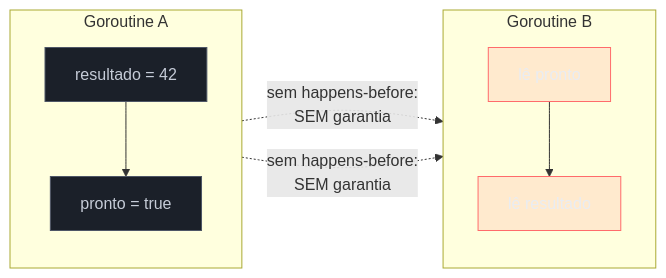
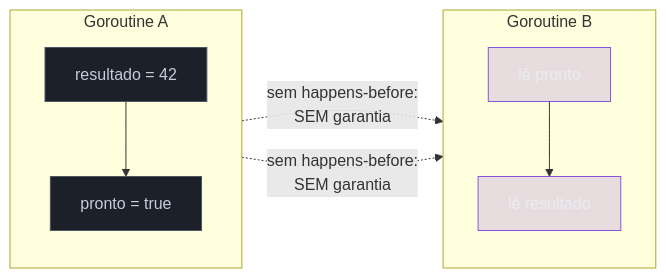
Before and after one commit to josenaldo/codex-technomanticus: the first of 4 diagrams in 03-Dominios/Tecnologia/Go/17 - Runtime interno/07 - O memory model.md, drawn with Mermaid. The commit also changed other lines of this file and 601 other files, not shown here.

````diff
--- a/03-Dominios/Tecnologia/Go/17 - Runtime interno/07 - O memory model.md
+++ b/03-Dominios/Tecnologia/Go/17 - Runtime interno/07 - O memory model.md
@@ -68,21 +68,21 @@
 ```mermaid
 flowchart LR
+    classDef marca fill:#8855DF33,stroke:#8855DF,color:#E9ECF2
     classDef neutro fill:#1B2029,stroke:#4E5666,color:#C6CCD8
-    classDef falha fill:#FF6B6B24,stroke:#FF6B6B,color:#E9ECF2
     subgraph G1["Goroutine A"]
         direction TB
         A1["resultado = 42"] --> A2["pronto = true"]
     end
     subgraph G2["Goroutine B"]
         direction TB
         B1["lê pronto"] --> B2["lê resultado"]
     end
 
     A2 -.->|"sem happens-before:\nSEM garantia"| B1
     A1 -.->|"sem happens-before:\nSEM garantia"| B2
 
     class A1 neutro
     class A2 neutro
-    class B1 falha
-    class B2 falha
+    class B1 marca
+    class B2 marca
 ```
````
